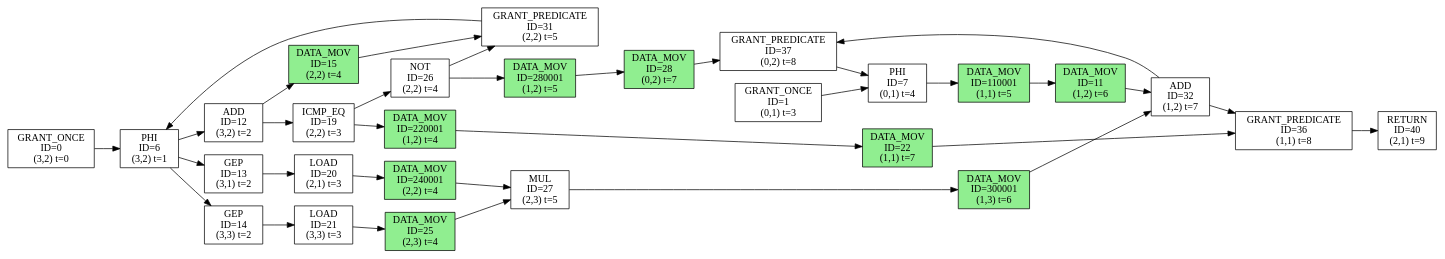
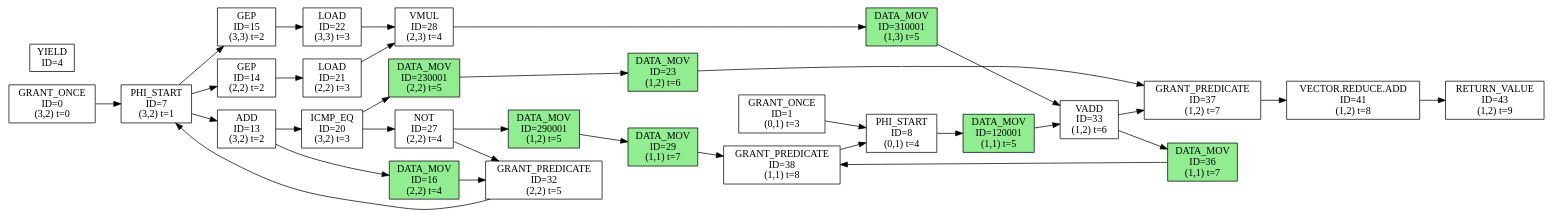
Before and after one commit to sarchlab/Zeonica_Testbench: the diagram in kernel/fir/fir-dfg.dot, drawn with Graphviz. The commit also changed 3 other files, not shown here.

```diff
--- a/kernel/fir/fir-dfg.dot
+++ b/kernel/fir/fir-dfg.dot
@@ -1,63 +1,62 @@
 digraph DFG {
   rankdir=LR;
   node [shape=box, style=filled];
   n0 [label="GRANT_ONCE\nID=0\n(3,2) t=0", fillcolor=white];
   n1 [label="GRANT_ONCE\nID=1\n(0,1) t=3", fillcolor=white];
-  n6 [label="PHI\nID=6\n(3,2) t=1", fillcolor=white];
-  n7 [label="PHI\nID=7\n(0,1) t=4", fillcolor=white];
-  n11 [label="DATA_MOV\nID=11\n(1,2) t=6", fillcolor=lightgreen];
-  n12 [label="ADD\nID=12\n(3,2) t=2", fillcolor=white];
-  n13 [label="GEP\nID=13\n(3,1) t=2", fillcolor=white];
-  n14 [label="GEP\nID=14\n(3,3) t=2", fillcolor=white];
-  n15 [label="DATA_MOV\nID=15\n(2,2) t=4", fillcolor=lightgreen];
-  n19 [label="ICMP_EQ\nID=19\n(2,2) t=3", fillcolor=white];
-  n20 [label="LOAD\nID=20\n(2,1) t=3", fillcolor=white];
-  n21 [label="LOAD\nID=21\n(3,3) t=3", fillcolor=white];
-  n22 [label="DATA_MOV\nID=22\n(1,1) t=7", fillcolor=lightgreen];
-  n25 [label="DATA_MOV\nID=25\n(2,3) t=4", fillcolor=lightgreen];
-  n26 [label="NOT\nID=26\n(2,2) t=4", fillcolor=white];
-  n27 [label="MUL\nID=27\n(2,3) t=5", fillcolor=white];
-  n28 [label="DATA_MOV\nID=28\n(0,2) t=7", fillcolor=lightgreen];
-  n31 [label="GRANT_PREDICATE\nID=31\n(2,2) t=5", fillcolor=white];
-  n32 [label="ADD\nID=32\n(1,2) t=7", fillcolor=white];
-  n36 [label="GRANT_PREDICATE\nID=36\n(1,1) t=8", fillcolor=white];
-  n37 [label="GRANT_PREDICATE\nID=37\n(0,2) t=8", fillcolor=white];
-  n40 [label="RETURN\nID=40\n(2,1) t=9", fillcolor=white];
-  n110001 [label="DATA_MOV\nID=110001\n(1,1) t=5", fillcolor=lightgreen];
-  n220001 [label="DATA_MOV\nID=220001\n(1,2) t=4", fillcolor=lightgreen];
-  n240001 [label="DATA_MOV\nID=240001\n(2,2) t=4", fillcolor=lightgreen];
-  n280001 [label="DATA_MOV\nID=280001\n(1,2) t=5", fillcolor=lightgreen];
-  n300001 [label="DATA_MOV\nID=300001\n(1,3) t=6", fillcolor=lightgreen];
-  n21 -> n25;
-  n25 -> n27;
-  n12 -> n15;
-  n15 -> n31;
-  n20 -> n240001;
-  n27 -> n300001;
-  n7 -> n110001;
-  n110001 -> n11;
-  n11 -> n32;
-  n26 -> n280001;
-  n280001 -> n28;
-  n28 -> n37;
-  n19 -> n220001;
-  n220001 -> n22;
-  n22 -> n36;
-  n32 -> n37;
+  n4 [label="YIELD\nID=4", fillcolor=white];
+  n7 [label="PHI_START\nID=7\n(3,2) t=1", fillcolor=white];
+  n8 [label="PHI_START\nID=8\n(0,1) t=4", fillcolor=white];
+  n13 [label="ADD\nID=13\n(3,2) t=2", fillcolor=white];
+  n14 [label="GEP\nID=14\n(2,2) t=2", fillcolor=white];
+  n15 [label="GEP\nID=15\n(3,3) t=2", fillcolor=white];
+  n16 [label="DATA_MOV\nID=16\n(2,2) t=4", fillcolor=lightgreen];
+  n20 [label="ICMP_EQ\nID=20\n(3,2) t=3", fillcolor=white];
+  n21 [label="LOAD\nID=21\n(2,2) t=3", fillcolor=white];
+  n22 [label="LOAD\nID=22\n(3,3) t=3", fillcolor=white];
+  n23 [label="DATA_MOV\nID=23\n(1,2) t=6", fillcolor=lightgreen];
+  n27 [label="NOT\nID=27\n(2,2) t=4", fillcolor=white];
+  n28 [label="VMUL\nID=28\n(2,3) t=4", fillcolor=white];
+  n29 [label="DATA_MOV\nID=29\n(1,1) t=7", fillcolor=lightgreen];
+  n32 [label="GRANT_PREDICATE\nID=32\n(2,2) t=5", fillcolor=white];
+  n33 [label="VADD\nID=33\n(1,2) t=6", fillcolor=white];
+  n36 [label="DATA_MOV\nID=36\n(1,1) t=7", fillcolor=lightgreen];
+  n37 [label="GRANT_PREDICATE\nID=37\n(1,2) t=7", fillcolor=white];
+  n38 [label="GRANT_PREDICATE\nID=38\n(1,1) t=8", fillcolor=white];
+  n41 [label="VECTOR.REDUCE.ADD\nID=41\n(1,2) t=8", fillcolor=white];
+  n43 [label="RETURN_VALUE\nID=43\n(1,2) t=9", fillcolor=white];
+  n120001 [label="DATA_MOV\nID=120001\n(1,1) t=5", fillcolor=lightgreen];
+  n230001 [label="DATA_MOV\nID=230001\n(2,2) t=5", fillcolor=lightgreen];
+  n290001 [label="DATA_MOV\nID=290001\n(1,2) t=5", fillcolor=lightgreen];
+  n310001 [label="DATA_MOV\nID=310001\n(1,3) t=5", fillcolor=lightgreen];
+  n13 -> n16;
+  n16 -> n32;
+  n33 -> n36;
+  n36 -> n38;
+  n28 -> n310001;
+  n8 -> n120001;
+  n27 -> n290001;
+  n290001 -> n29;
+  n29 -> n38;
+  n20 -> n230001;
+  n230001 -> n23;
+  n23 -> n37;
+  n41 -> n43;
+  n310001 -> n33;
+  n32 -> n7;
+  n0 -> n7;
+  n14 -> n21;
+  n33 -> n37;
+  n1 -> n8;
+  n15 -> n22;
+  n7 -> n13;
+  n37 -> n41;
+  n7 -> n14;
+  n38 -> n8;
+  n7 -> n15;
+  n20 -> n27;
+  n120001 -> n33;
+  n21 -> n28;
   n13 -> n20;
-  n300001 -> n32;
-  n32 -> n36;
-  n1 -> n7;
-  n14 -> n21;
-  n6 -> n12;
-  n36 -> n40;
-  n6 -> n13;
-  n37 -> n7;
-  n6 -> n14;
-  n19 -> n26;
-  n12 -> n19;
-  n26 -> n31;
-  n240001 -> n27;
-  n0 -> n6;
-  n31 -> n6;
+  n27 -> n32;
+  n22 -> n28;
 }
```
